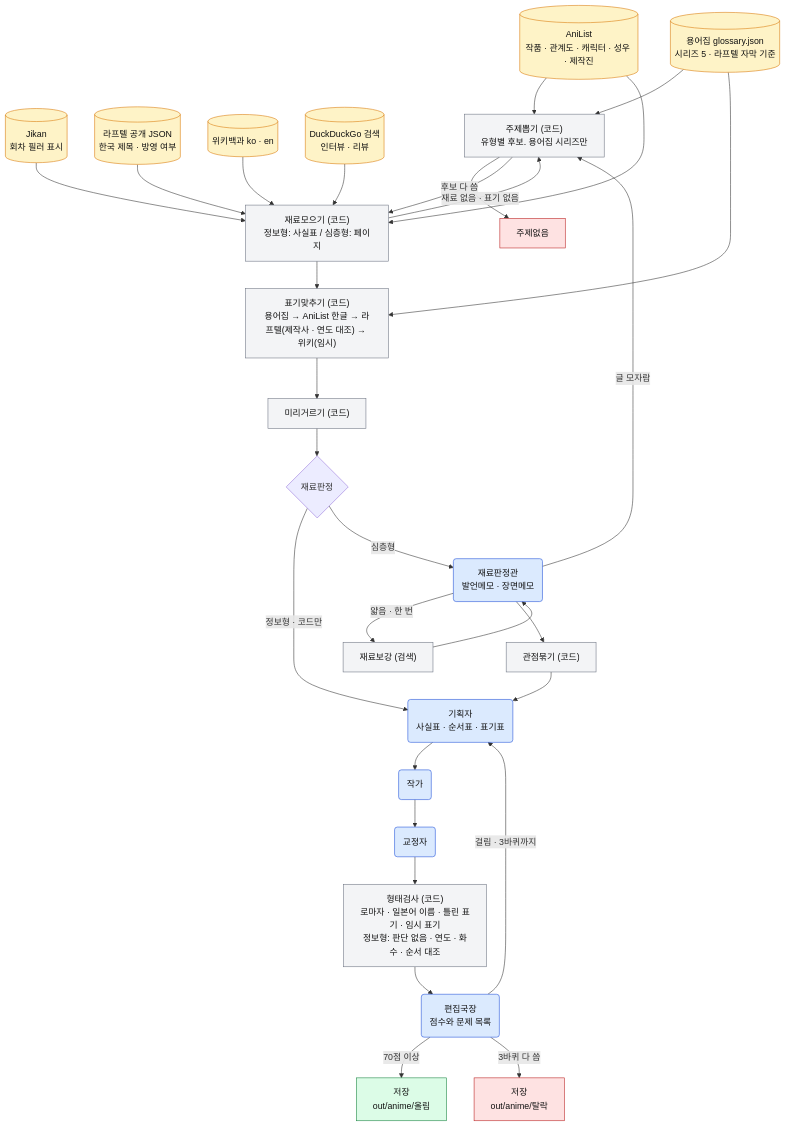
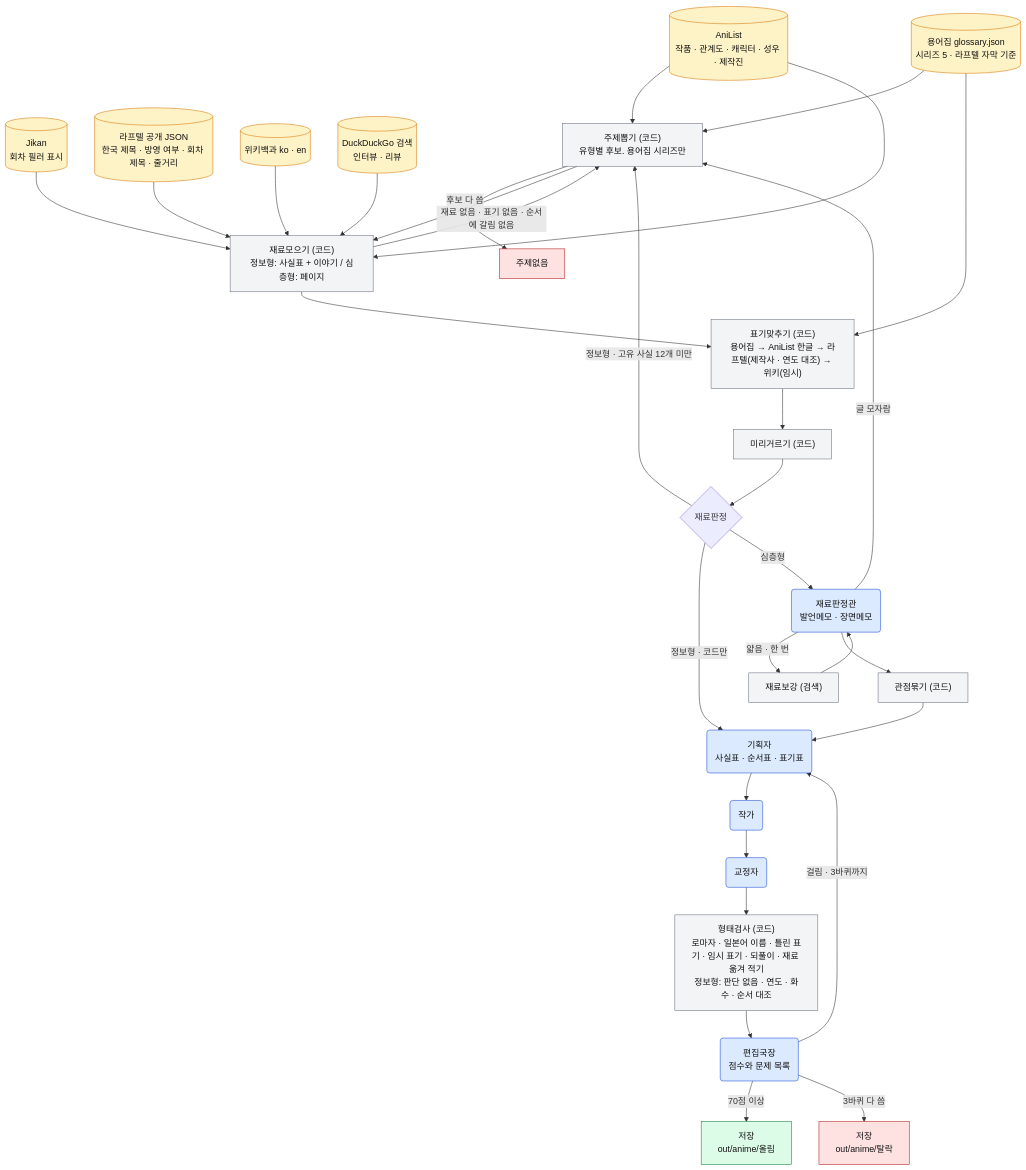
One commit to Por0ri/me-and-nu changed the fourth of 5 diagrams in agent/README.md. Above: the diagram before and after it, drawn with Mermaid. The commit also changed other lines of this file and 5 other files, not shown here.

First line of the commit message:
feat(agent/anime): v0.2 — 정보형 재료에 이야기, 뽑기 문턱, 되풀이 검사, 분량 1800

````diff
--- a/agent/README.md
+++ b/agent/README.md
@@ -183,45 +183,46 @@
 ```mermaid
 flowchart TD
     classDef llm  fill:#dbeafe,stroke:#1d4ed8,color:#111
     classDef code fill:#f3f4f6,stroke:#6b7280,color:#111
     classDef src  fill:#fef3c7,stroke:#d97706,color:#111
     classDef ok   fill:#dcfce7,stroke:#15803d,color:#111
     classDef drop fill:#fee2e2,stroke:#b91c1c,color:#111
 
     GL[("용어집 glossary.json<br/>시리즈 5 · 라프텔 자막 기준")]:::src
     AL[("AniList<br/>작품 · 관계도 · 캐릭터 · 성우 · 제작진")]:::src
     JK[("Jikan<br/>회차 필러 표시")]:::src
-    LF[("라프텔 공개 JSON<br/>한국 제목 · 방영 여부")]:::src
+    LF[("라프텔 공개 JSON<br/>한국 제목 · 방영 여부 · 회차 제목 · 줄거리")]:::src
     WK[("위키백과 ko · en")]:::src
     DDG[("DuckDuckGo 검색<br/>인터뷰 · 리뷰")]:::src
 
     GL --> P
     AL --> P
     P["주제뽑기 (코드)<br/>유형별 후보. 용어집 시리즈만"]:::code
     P -->|후보 다 씀| X0[주제없음]:::drop
-    P --> M["재료모으기 (코드)<br/>정보형: 사실표 / 심층형: 페이지"]:::code
+    P --> M["재료모으기 (코드)<br/>정보형: 사실표 + 이야기 / 심층형: 페이지"]:::code
     AL --> M
     JK --> M
     LF --> M
     WK --> M
     DDG --> M
-    M -->|재료 없음 · 표기 없음| P
+    M -->|재료 없음 · 표기 없음 · 순서에 갈림 없음| P
     M --> T["표기맞추기 (코드)<br/>용어집 → AniList 한글 → 라프텔(제작사 · 연도 대조) → 위키(임시)"]:::code
     GL --> T
     T --> F["미리거르기 (코드)"]:::code
     F --> J{"재료판정"}
+    J -->|정보형 · 고유 사실 12개 미만| P
     J -->|정보형 · 코드만| PL
     J -->|심층형| MJ("재료판정관<br/>발언메모 · 장면메모"):::llm
     MJ -->|얇음 · 한 번| RB["재료보강 (검색)"]:::code
     RB --> MJ
     MJ -->|글 모자람| P
     MJ --> CL["관점묶기 (코드)"]:::code
     CL --> PL("기획자<br/>사실표 · 순서표 · 표기표"):::llm
     PL --> WR("작가"):::llm
     WR --> PR("교정자"):::llm
-    PR --> SH["형태검사 (코드)<br/>로마자 · 일본어 이름 · 틀린 표기 · 임시 표기<br/>정보형: 판단 없음 · 연도 · 화수 · 순서 대조"]:::code
+    PR --> SH["형태검사 (코드)<br/>로마자 · 일본어 이름 · 틀린 표기 · 임시 표기 · 되풀이 · 재료 옮겨 적기<br/>정보형: 판단 없음 · 연도 · 화수 · 순서 대조"]:::code
     SH --> ED("편집국장<br/>점수와 문제 목록"):::llm
     ED -->|70점 이상| OK["저장<br/>out/anime/올림"]:::ok
     ED -->|걸림 · 3바퀴까지| PL
     ED -->|3바퀴 다 씀| X2["저장<br/>out/anime/탈락"]:::drop
 ```
````
